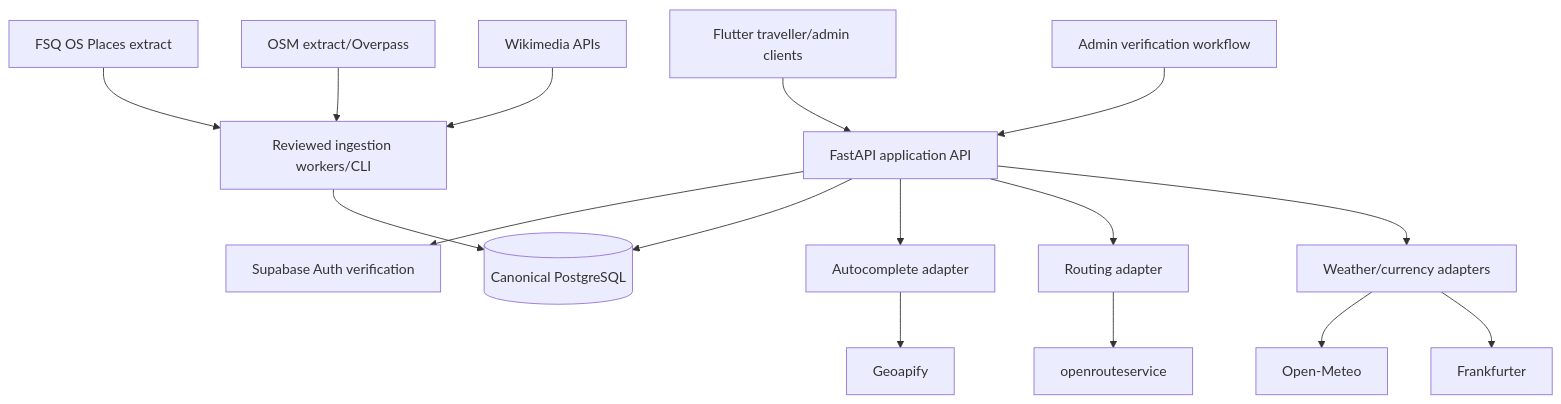
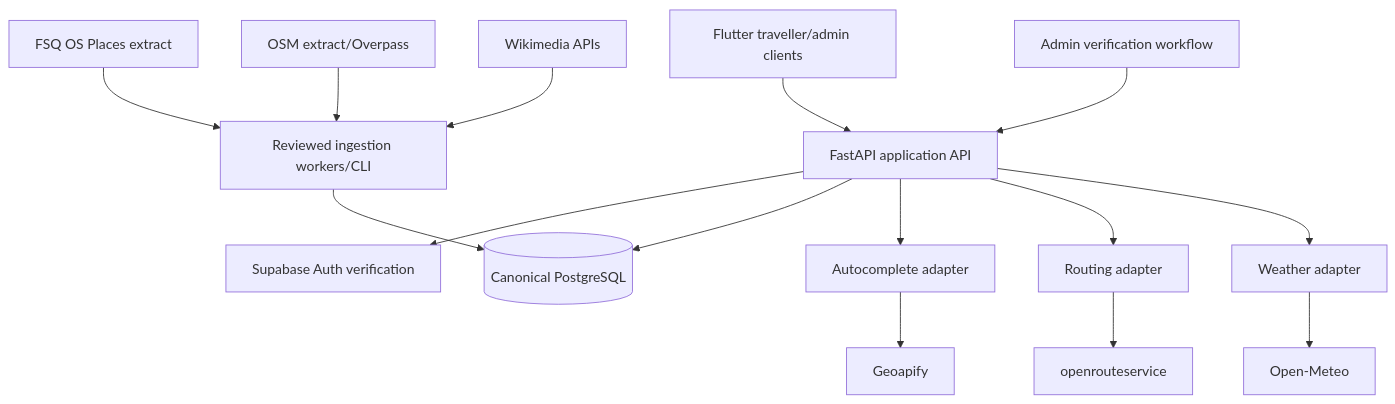
The third of 3 diagrams in docs/ARCHITECTURE.md (rohanxgiri/yatra_canvas), drawn with Mermaid before and after one commit. The commit also changed other lines of this file and 13 other files, not shown here.

````diff
--- a/docs/ARCHITECTURE.md
+++ b/docs/ARCHITECTURE.md
@@ -154,18 +154,17 @@
 ```mermaid
 flowchart TB
     F[Flutter traveller/admin clients] --> A[FastAPI application API]
     A --> AU[Supabase Auth verification]
     A --> D[(Canonical PostgreSQL)]
     A --> AC[Autocomplete adapter]
     A --> RT[Routing adapter]
-    A --> WC[Weather/currency adapters]
+    A --> WA[Weather adapter]
     AC --> GEO[Geoapify]
     RT --> ORS[openrouteservice]
-    WC --> OM[Open-Meteo]
-    WC --> FX[Frankfurter]
+    WA --> OM[Open-Meteo]
     I[Reviewed ingestion workers/CLI] --> D
     FSQ[FSQ OS Places extract] --> I
     OSM[OSM extract/Overpass] --> I
     WM[Wikimedia APIs] --> I
     ADM[Admin verification workflow] --> A
 ```
````
